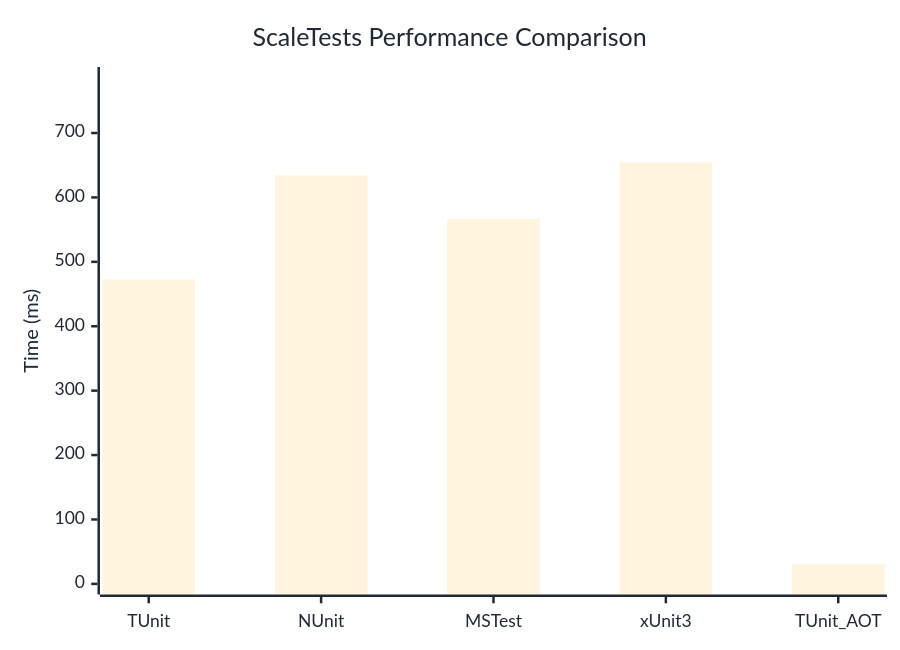
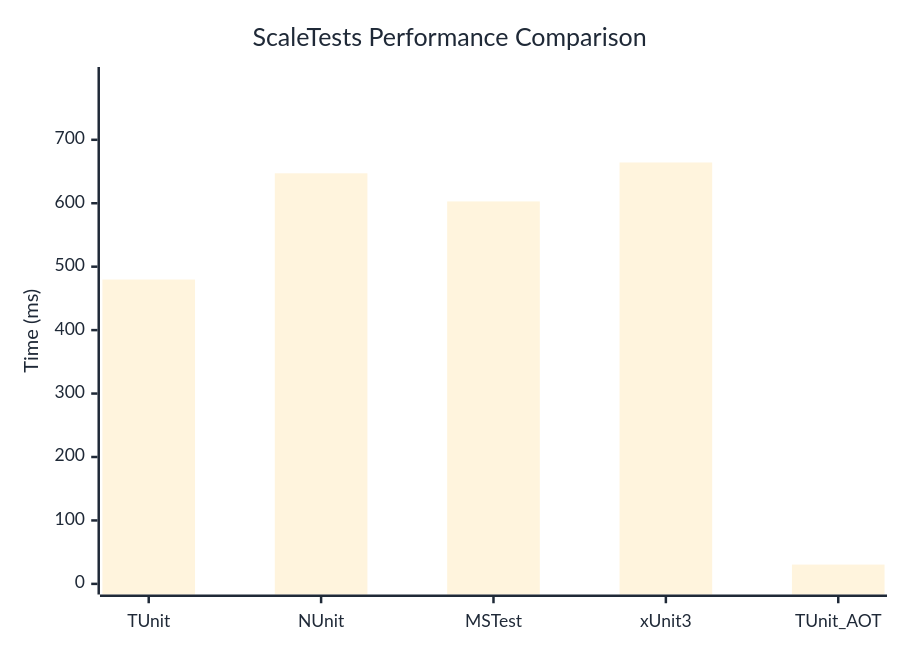
Before and after one commit to thomhurst/TUnit: the diagram in docs/docs/benchmarks/ScaleTests.md, drawn with Mermaid. The commit also changed other lines of this file and 17 other files, not shown here.

````diff
--- a/docs/docs/benchmarks/ScaleTests.md
+++ b/docs/docs/benchmarks/ScaleTests.md
@@ -27,37 +27,37 @@
 ```mermaid
 %%{init: {
   'theme':'base',
   'themeVariables': {
     'primaryColor': '#2563eb',
     'primaryTextColor': '#1f2937',
     'primaryBorderColor': '#1e40af',
     'lineColor': '#6b7280',
     'secondaryColor': '#7c3aed',
     'tertiaryColor': '#dc2626',
     'background': '#ffffff',
     'mainBkg': '#2563eb',
     'secondBkg': '#7c3aed',
     'tertiaryBkg': '#dc2626',
     'clusterBkg': '#f3f4f6',
     'edgeLabelBackground': '#ffffff',
     'tertiaryTextColor': '#1f2937',
     'pie1': '#2563eb',
     'pie2': '#7c3aed',
     'pie3': '#dc2626',
     'pie4': '#f59e0b',
     'pie5': '#10b981',
     'pie6': '#06b6d4',
     'pie7': '#ec4899',
     'pie8': '#6366f1',
     'pie9': '#84cc16',
     'pie10': '#f97316',
     'pie11': '#14b8a6',
     'pie12': '#a855f7'
   }
 }}%%
 xychart-beta
   title "ScaleTests Performance Comparison"
   x-axis ["TUnit", "NUnit", "MSTest", "xUnit3", "TUnit_AOT"]
-  y-axis "Time (ms)" 0 --> 786
-  bar [472.82, 634.31, 566.38, 654.53, 30.65]
+  y-axis "Time (ms)" 0 --> 798
+  bar [479.74, 647.18, 602.85, 664.23, 30.42]
 ```
````
